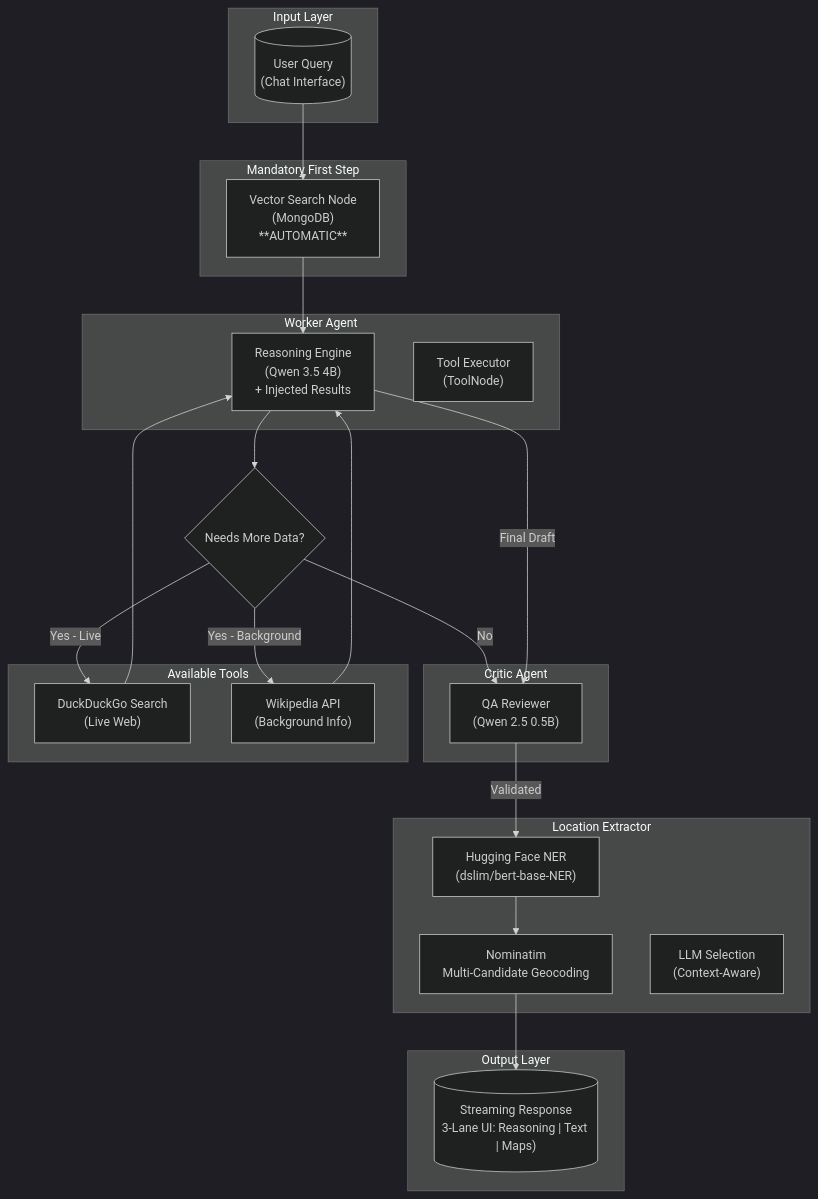
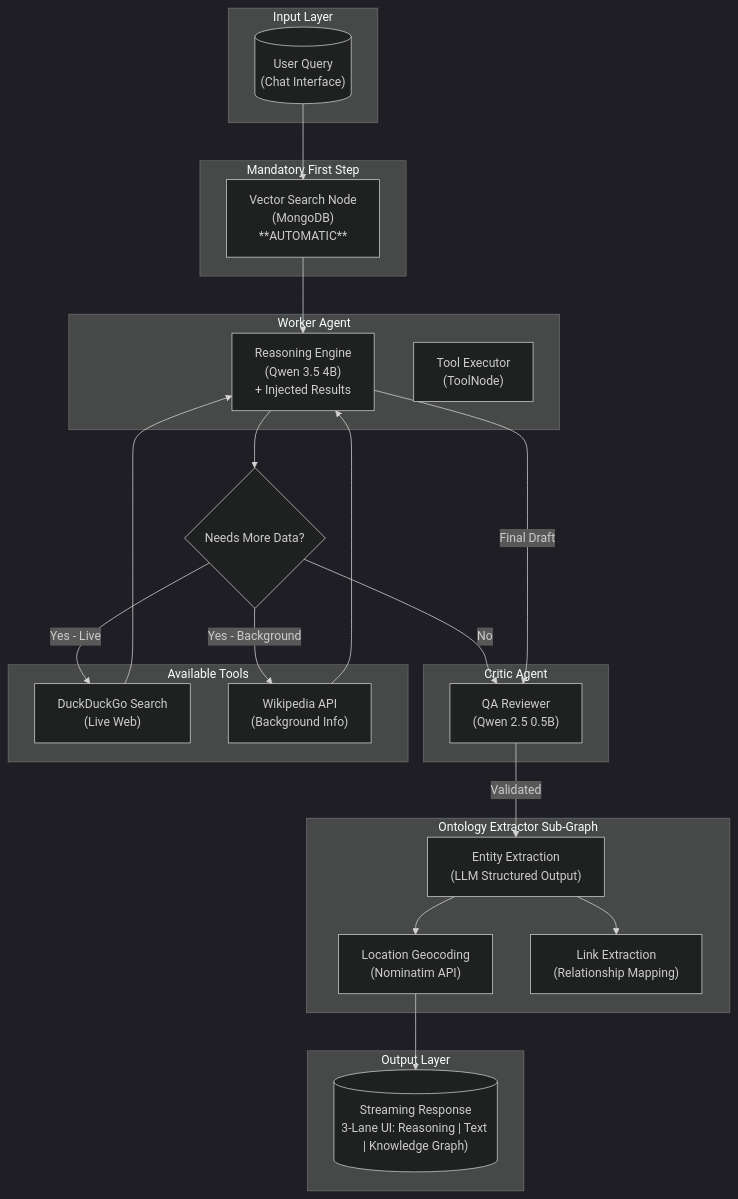
One commit to fbaierl/geo-vision-lab changed the first of 8 diagrams in docs/agent_workflow.md. Above: the diagram before and after it, drawn with Mermaid. The commit also changed other lines of this file and 7 other files, not shown here.

````diff
--- a/docs/agent_workflow.md
+++ b/docs/agent_workflow.md
@@ -43,48 +43,49 @@
 ```mermaid
 %%{init: {'theme': 'dark'}}%%
 graph TB
     subgraph Input["Input Layer"]
         UQ[("User Query<br/>(Chat Interface)")]
     end
 
     subgraph Mandatory["Mandatory First Step"]
         VS["Vector Search Node<br/>(MongoDB)<br/>**AUTOMATIC**"]
     end
 
     subgraph Worker["Worker Agent"]
         REASON["Reasoning Engine<br/>(Qwen 3.5 4B)<br/>+ Injected Results"]
         TOOLS["Tool Executor<br/>(ToolNode)"]
     end
 
     subgraph Critic["Critic Agent"]
         REVIEW["QA Reviewer<br/>(Qwen 2.5 0.5B)"]
     end
 
-    subgraph Location["Location Extractor"]
-        NER["Hugging Face NER<br/>(dslim/bert-base-NER)"]
-        GEO["Nominatim<br/>Multi-Candidate Geocoding"]
-        LLM["LLM Selection<br/>(Context-Aware)"]
+    subgraph Ontology["Ontology Extractor Sub-Graph"]
+        EXT["Entity Extraction<br/>(LLM Structured Output)"]
+        GEO["Location Geocoding<br/>(Nominatim API)"]
+        LINK["Link Extraction<br/>(Relationship Mapping)"]
     end
 
     subgraph Tools["Available Tools"]
         DDG["DuckDuckGo Search<br/>(Live Web)"]
         WIKI["Wikipedia API<br/>(Background Info)"]
     end
 
     subgraph Output["Output Layer"]
-        RESP[("Streaming Response<br/>3-Lane UI: Reasoning | Text | Maps)")]
+        RESP[("Streaming Response<br/>3-Lane UI: Reasoning | Text | Knowledge Graph)")]
     end
 
     UQ --> VS
     VS --> REASON
     REASON --> DECIDE{Needs More Data?}
     DECIDE -->|Yes - Live| DDG
     DECIDE -->|Yes - Background| WIKI
     DECIDE -->|No| REVIEW
     DDG --> REASON
     WIKI --> REASON
     REASON -->|Final Draft| REVIEW
-    REVIEW -->|Validated| NER
-    NER --> GEO
+    REVIEW -->|Validated| EXT
+    EXT --> GEO
+    EXT --> LINK
     GEO --> RESP
 ```
````
